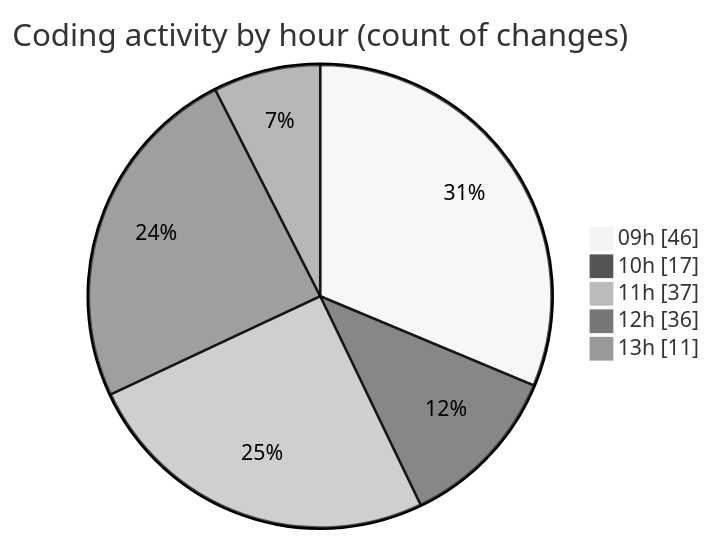
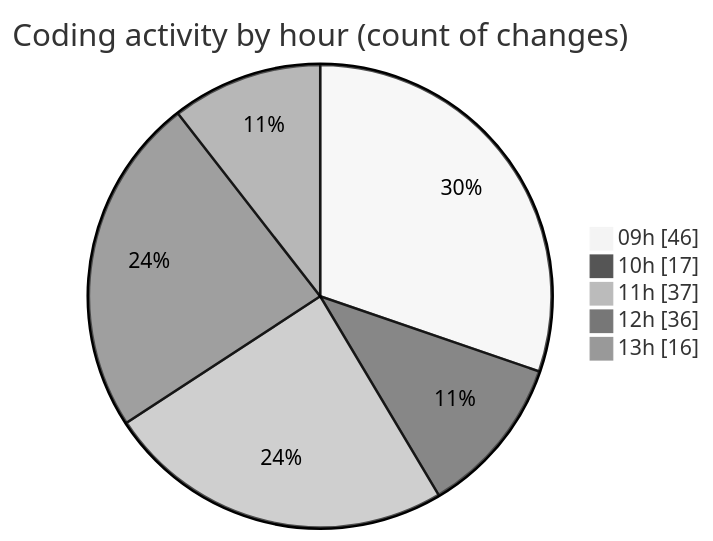
The second of 2 diagrams in 2025-03-25/cda/README.md (momahboobian/code-tracking), drawn with Mermaid (neutral theme) before and after one commit. The commit also changed other lines of this file and 1 other file, not shown here.

````diff
--- a/2025-03-25/cda/README.md
+++ b/2025-03-25/cda/README.md
@@ -50,9 +51,9 @@
 ```mermaid
 pie showData
 title Coding activity by hour (count of changes)
 "09h" : 46
 "10h" : 17
 "11h" : 37
 "12h" : 36
-"13h" : 11
+"13h" : 16
 ```
````
